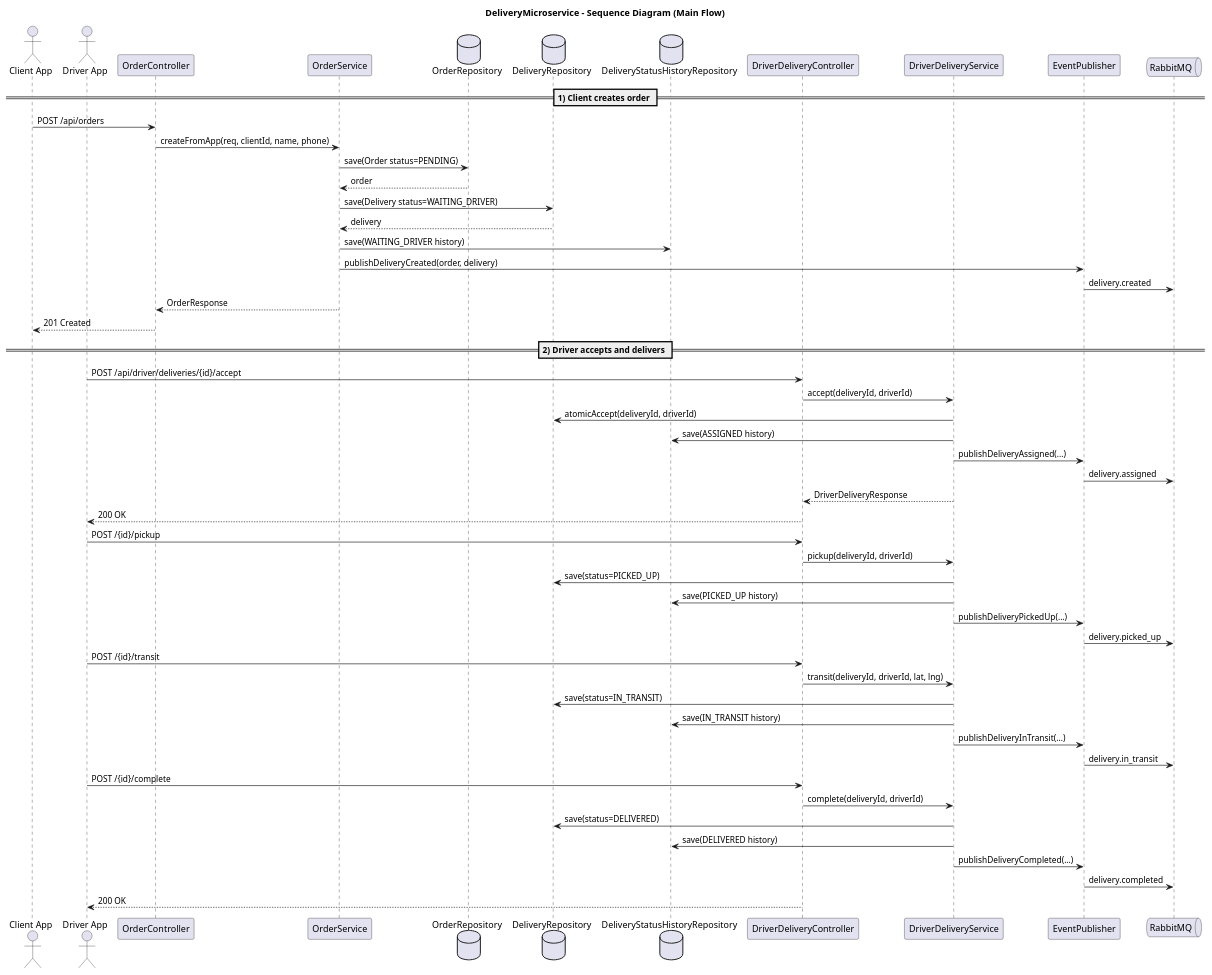
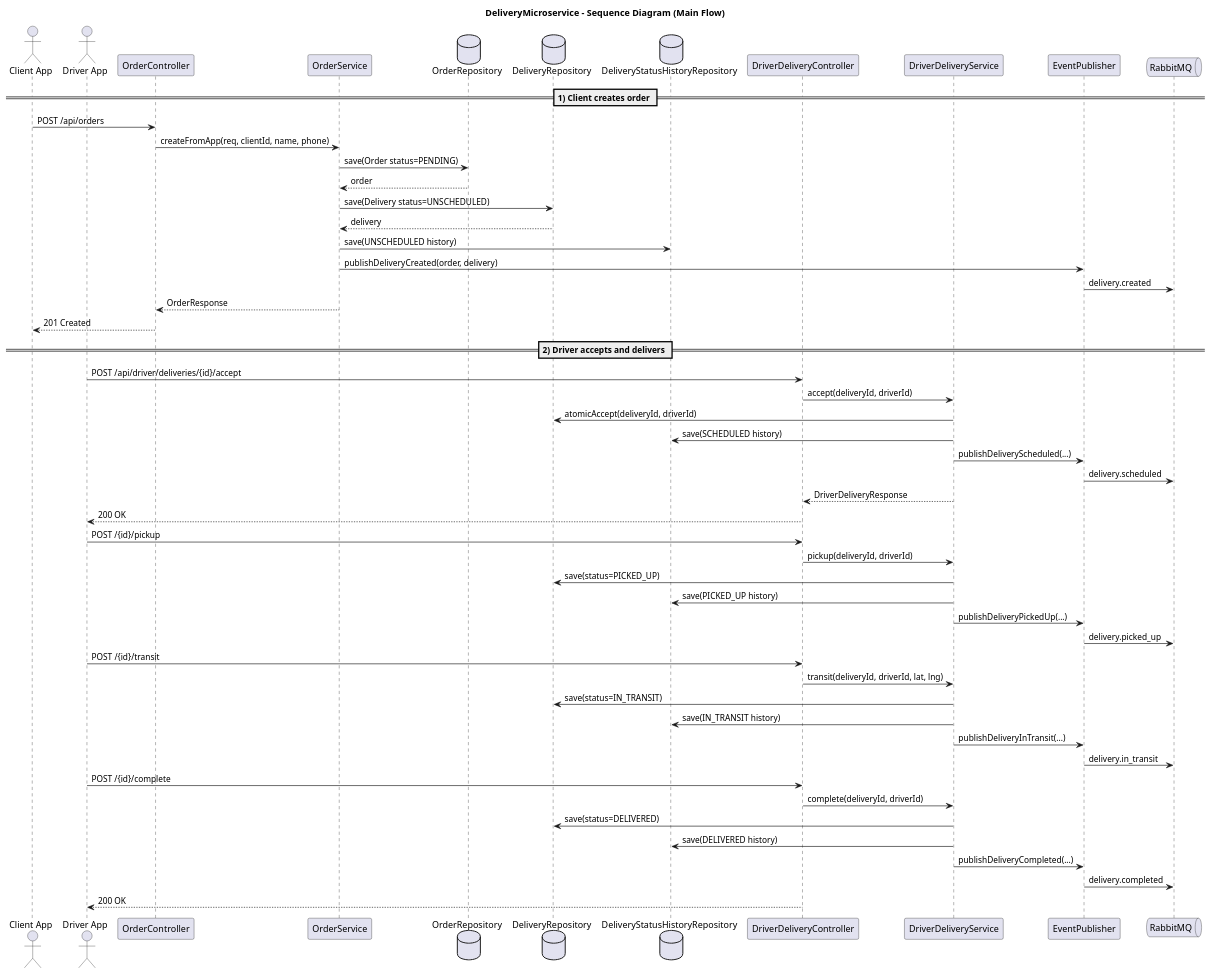
The diagram in Microservices/DeliveryMicroservice/uml/delivery_sequence_main_flow.puml (Moaziz667/asm-track), drawn with PlantUML before and after one commit. The commit also changed 376 other files, not shown here.

```diff
--- a/Microservices/DeliveryMicroservice/uml/delivery_sequence_main_flow.puml
+++ b/Microservices/DeliveryMicroservice/uml/delivery_sequence_main_flow.puml
@@ -1,63 +1,63 @@
 @startuml delivery_sequence_main_flow
 skinparam shadowing false
 
 title DeliveryMicroservice - Sequence Diagram (Main Flow)
 
 actor "Client App" as Client
 actor "Driver App" as Driver
 participant "OrderController" as OC
 participant "OrderService" as OS
 database "OrderRepository" as OR
 database "DeliveryRepository" as DR
 database "DeliveryStatusHistoryRepository" as HR
 participant "DriverDeliveryController" as DDC
 participant "DriverDeliveryService" as DDS
 participant "EventPublisher" as EP
 queue "RabbitMQ" as MQ
 
 == 1) Client creates order ==
 Client -> OC: POST /api/orders
 OC -> OS: createFromApp(req, clientId, name, phone)
 OS -> OR: save(Order status=PENDING)
 OR --> OS: order
-OS -> DR: save(Delivery status=WAITING_DRIVER)
+OS -> DR: save(Delivery status=UNSCHEDULED)
 DR --> OS: delivery
-OS -> HR: save(WAITING_DRIVER history)
+OS -> HR: save(UNSCHEDULED history)
 OS -> EP: publishDeliveryCreated(order, delivery)
 EP -> MQ: delivery.created
 OS --> OC: OrderResponse
 OC --> Client: 201 Created
 
 == 2) Driver accepts and delivers ==
 Driver -> DDC: POST /api/driver/deliveries/{id}/accept
 DDC -> DDS: accept(deliveryId, driverId)
 DDS -> DR: atomicAccept(deliveryId, driverId)
-DDS -> HR: save(ASSIGNED history)
-DDS -> EP: publishDeliveryAssigned(...)
-EP -> MQ: delivery.assigned
+DDS -> HR: save(SCHEDULED history)
+DDS -> EP: publishDeliveryScheduled(...)
+EP -> MQ: delivery.scheduled
 DDS --> DDC: DriverDeliveryResponse
 DDC --> Driver: 200 OK
 
 Driver -> DDC: POST /{id}/pickup
 DDC -> DDS: pickup(deliveryId, driverId)
 DDS -> DR: save(status=PICKED_UP)
 DDS -> HR: save(PICKED_UP history)
 DDS -> EP: publishDeliveryPickedUp(...)
 EP -> MQ: delivery.picked_up
 
 Driver -> DDC: POST /{id}/transit
 DDC -> DDS: transit(deliveryId, driverId, lat, lng)
 DDS -> DR: save(status=IN_TRANSIT)
 DDS -> HR: save(IN_TRANSIT history)
 DDS -> EP: publishDeliveryInTransit(...)
 EP -> MQ: delivery.in_transit
 
 Driver -> DDC: POST /{id}/complete
 DDC -> DDS: complete(deliveryId, driverId)
 DDS -> DR: save(status=DELIVERED)
 DDS -> HR: save(DELIVERED history)
 DDS -> EP: publishDeliveryCompleted(...)
 EP -> MQ: delivery.completed
 DDC --> Driver: 200 OK
 
 @enduml
```
